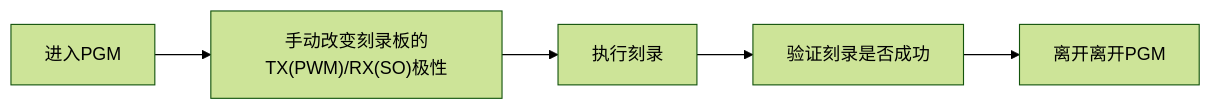
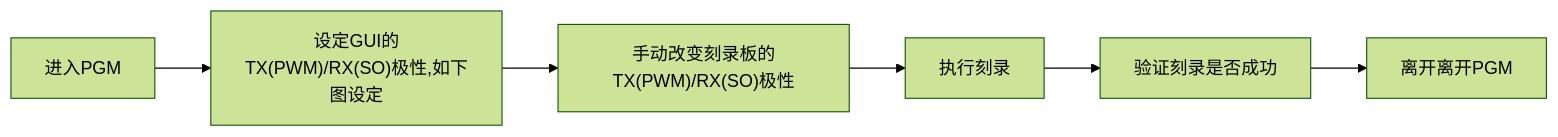
Before and after one commit to billwanggithub/MXXXX: the diagram in README.md, drawn with Mermaid (forest theme).

````diff
--- a/README.md
+++ b/README.md
@@ -50,7 +50,8 @@
 ```mermaid
 graph LR
-    A[进入PGM] --> B["手动改变刻录板的TX(PWM)/RX(SO)极性"]
-    B --> C[执行刻录]
-    C --> D[验证刻录是否成功]
-    D --> E[离开离开PGM]
+    A[进入PGM] --> B["设定GUI的TX(PWM)/RX(SO)极性,如下图设定"]
+    B --> C["手动改变刻录板的TX(PWM)/RX(SO)极性"]
+    C --> D[执行刻录]
+    D --> E[验证刻录是否成功]
+    E --> F[离开离开PGM]
 ```
````
